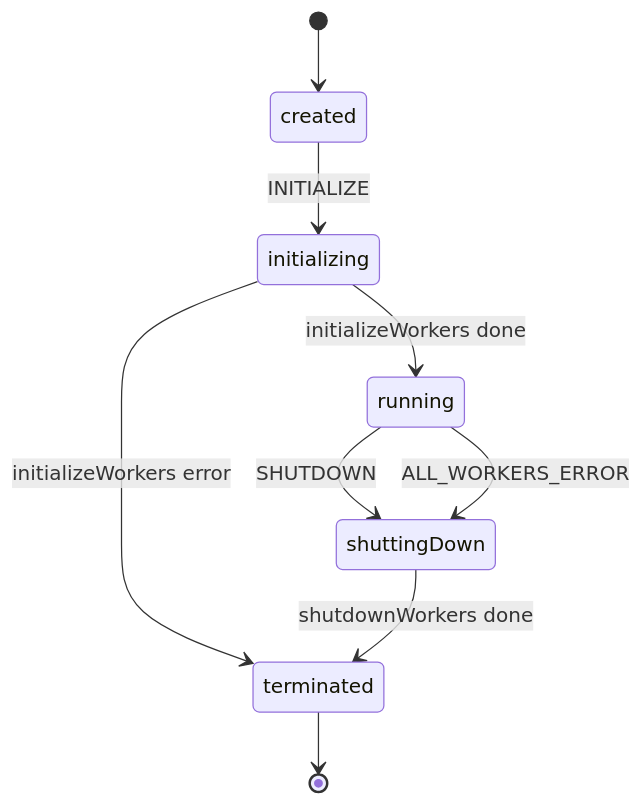
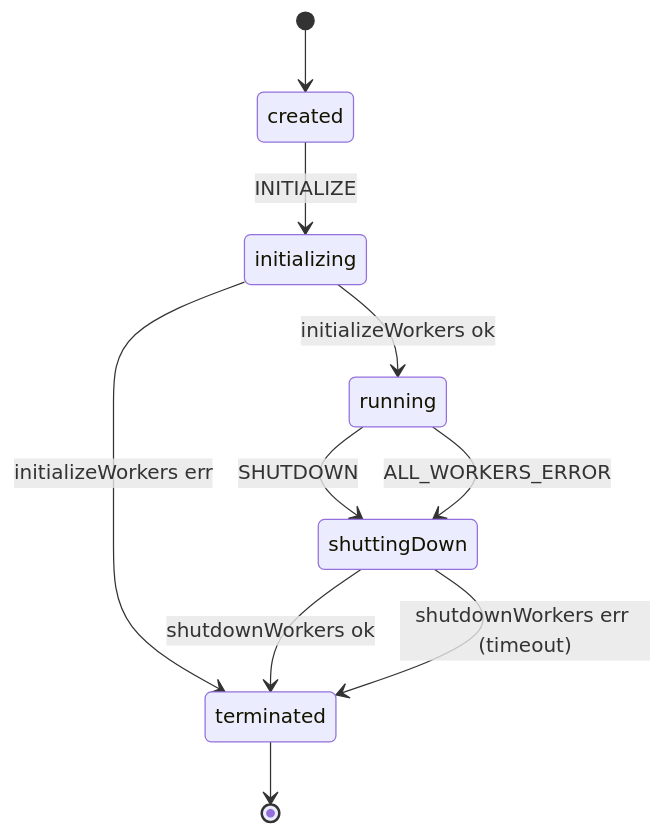
The second of 3 diagrams in README.md (uraitakahito/browserhive), drawn with Mermaid before and after one commit. The commit also changed other lines of this file and 1 other file, not shown here.

First line of the commit message:
update docs to reflect Result-based coordinator error flow

````diff
--- a/README.md
+++ b/README.md
@@ -73,11 +77,12 @@
 ```mermaid
 stateDiagram-v2
     [*] --> created
     created --> initializing : INITIALIZE
-    initializing --> running : initializeWorkers done
-    initializing --> terminated : initializeWorkers error
+    initializing --> running : initializeWorkers ok
+    initializing --> terminated : initializeWorkers err
     running --> shuttingDown : SHUTDOWN
     running --> shuttingDown : ALL_WORKERS_ERROR
-    shuttingDown --> terminated : shutdownWorkers done
+    shuttingDown --> terminated : shutdownWorkers ok
+    shuttingDown --> terminated : shutdownWorkers err (timeout)
     terminated --> [*]
 ```
````
